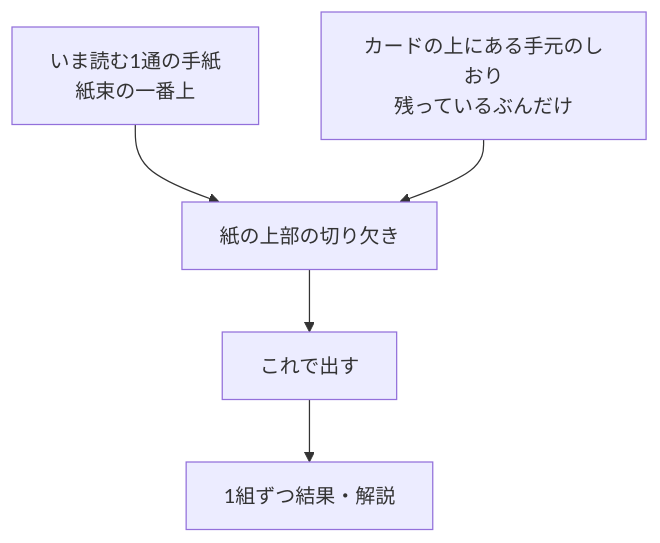
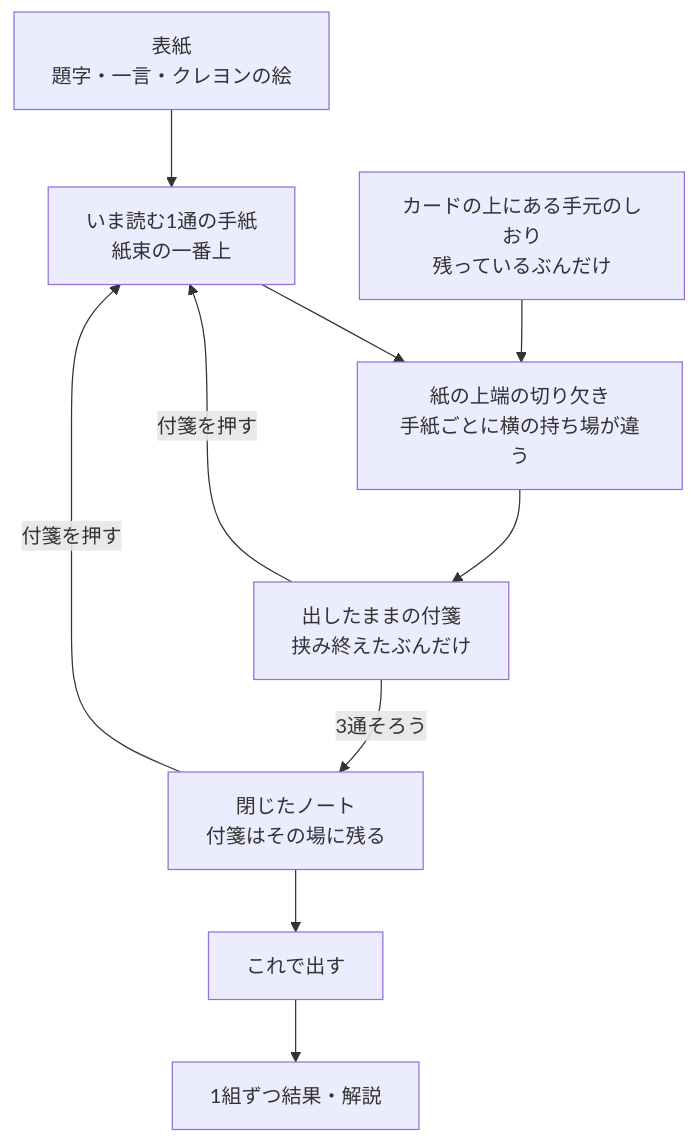
Before and after one commit to Digix00/58-Hackathon-202609: the diagram in docs/requirements/screens/quiz.md, drawn with Mermaid. The commit also changed other lines of this file and 37 other files, not shown here.

````diff
--- a/docs/requirements/screens/quiz.md
+++ b/docs/requirements/screens/quiz.md
@@ -13,12 +13,20 @@
 ```mermaid
 flowchart TB
+  Cover["表紙<br/>題字・一言・クレヨンの絵"]
   Letter["いま読む1通の手紙<br/>紙束の一番上"]
-  Slot["紙の上部の切り欠き"]
+  Slot["紙の上端の切り欠き<br/>手紙ごとに横の持ち場が違う"]
   Tray["カードの上にある手元のしおり<br/>残っているぶんだけ"]
+  Tabs["出したままの付箋<br/>挟み終えたぶんだけ"]
+  Closed["閉じたノート<br/>付箋はその場に残る"]
   Send["これで出す"]
   Result["1組ずつ結果・解説"]
 
+  Cover --> Letter
   Letter --> Slot
   Tray --> Slot
-  Slot --> Send --> Result
+  Slot --> Tabs
+  Tabs -- 付箋を押す --> Letter
+  Tabs -- 3通そろう --> Closed
+  Closed -- 付箋を押す --> Letter
+  Closed --> Send --> Result
 ```
````
